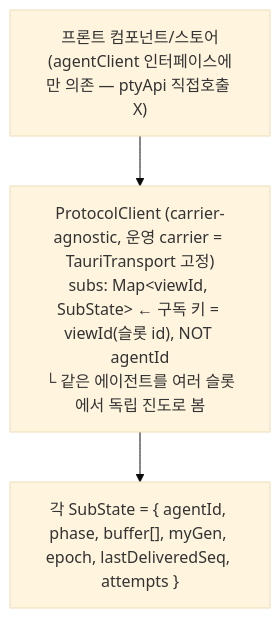
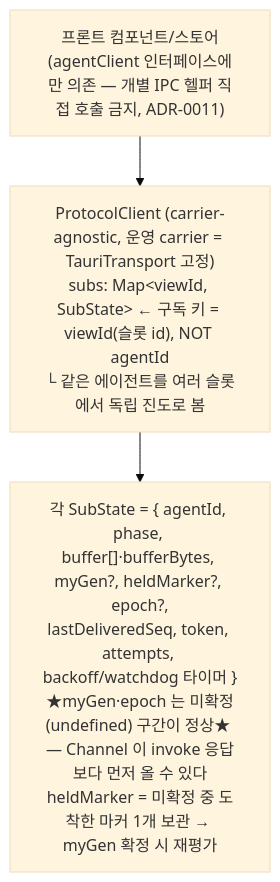
Before and after one commit to kimsunzun/engram-dashboard: diagram 14 of 20 in docs/reference/architecture-overview.md, drawn with Mermaid (base theme). The commit also changed other lines of this file and 2 other files, not shown here.

````diff
--- a/docs/reference/architecture-overview.md
+++ b/docs/reference/architecture-overview.md
@@ -505,8 +573,8 @@
 ```mermaid
 flowchart TD
-  FC["프론트 컴포넌트/스토어<br/>(agentClient 인터페이스에만 의존 — ptyApi 직접호출 X)"]
+  FC["프론트 컴포넌트/스토어<br/>(agentClient 인터페이스에만 의존 — 개별 IPC 헬퍼 직접 호출 금지, ADR-0011)"]
   PC["ProtocolClient (carrier-agnostic, 운영 carrier = TauriTransport 고정)<br/>subs: Map&lt;viewId, SubState&gt; ← 구독 키 = viewId(슬롯 id), NOT agentId<br/>└ 같은 에이전트를 여러 슬롯에서 독립 진도로 봄"]
-  SS["각 SubState = { agentId, phase, buffer[], myGen, epoch, lastDeliveredSeq, attempts }"]
+  SS["각 SubState = { agentId, phase, buffer[]·bufferBytes, myGen?, heldMarker?, epoch?,<br/>lastDeliveredSeq, token, attempts, backoff/watchdog 타이머 }<br/>★myGen·epoch 는 미확정(undefined) 구간이 정상★ — Channel 이 invoke 응답보다 먼저 올 수 있다<br/>heldMarker = 미확정 중 도착한 마커 1개 보관 → myGen 확정 시 재평가"]
 
   FC --> PC --> SS
 ```
````
